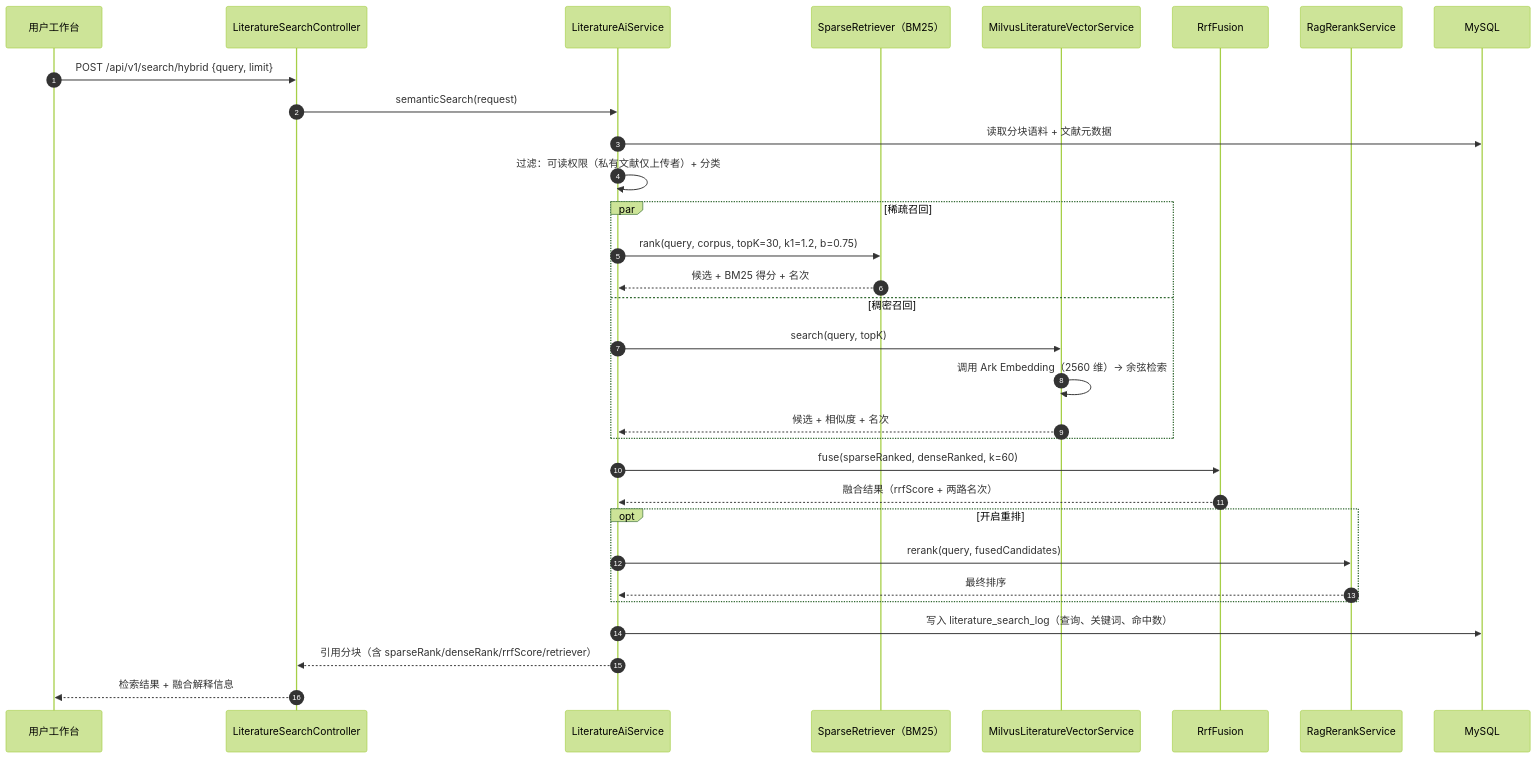
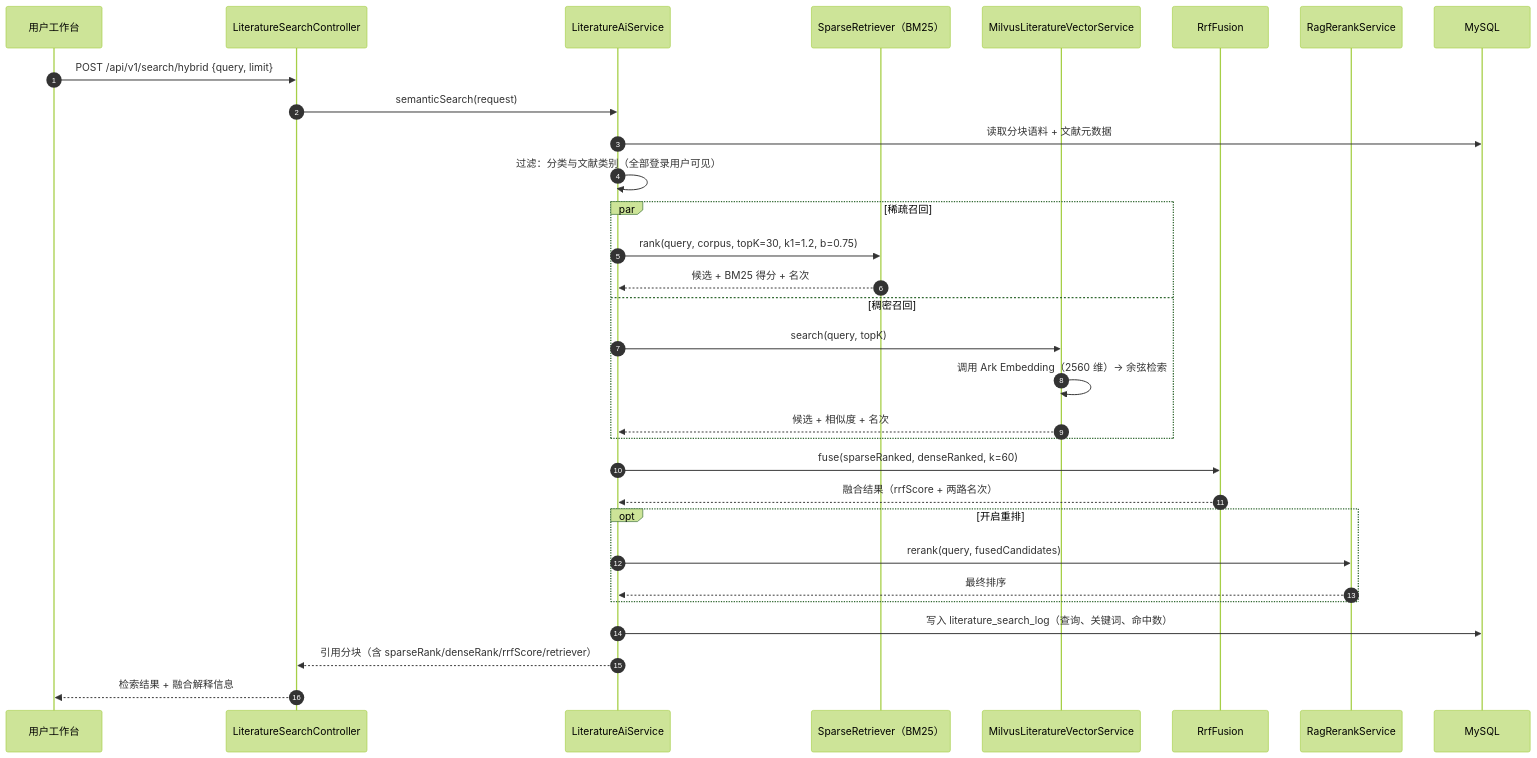
Before and after one commit to MaouXY/ScholarMind: the seventh of 13 diagrams in doc/AI图书馆文献检索与阅读助手-05-设计图表.md, drawn with Mermaid (forest theme). The commit also changed other lines of this file and 50 other files, not shown here.

````diff
--- a/doc/AI图书馆文献检索与阅读助手-05-设计图表.md
+++ b/doc/AI图书馆文献检索与阅读助手-05-设计图表.md
@@ -393,34 +405,34 @@
 ```mermaid
 sequenceDiagram
     autonumber
     participant U as 用户工作台
     participant C as LiteratureSearchController
     participant S as LiteratureAiService
     participant SP as SparseRetriever（BM25）
     participant MV as MilvusLiteratureVectorService
     participant RF as RrfFusion
     participant RK as RagRerankService
     participant DB as MySQL
 
     U->>C: POST /api/v1/search/hybrid {query, limit}
     C->>S: semanticSearch(request)
     S->>DB: 读取分块语料 + 文献元数据
-    S->>S: 过滤：可读权限（私有文献仅上传者）+ 分类
+    S->>S: 过滤：分类与文献类别（全部登录用户可见）
     par 稀疏召回
         S->>SP: rank(query, corpus, topK=30, k1=1.2, b=0.75)
         SP-->>S: 候选 + BM25 得分 + 名次
     and 稠密召回
         S->>MV: search(query, topK)
         MV->>MV: 调用 Ark Embedding（2560 维）→ 余弦检索
         MV-->>S: 候选 + 相似度 + 名次
     end
     S->>RF: fuse(sparseRanked, denseRanked, k=60)
     RF-->>S: 融合结果（rrfScore + 两路名次）
     opt 开启重排
         S->>RK: rerank(query, fusedCandidates)
         RK-->>S: 最终排序
     end
     S->>DB: 写入 literature_search_log（查询、关键词、命中数）
     S-->>C: 引用分块（含 sparseRank/denseRank/rrfScore/retriever）
     C-->>U: 检索结果 + 融合解释信息
 ```
````
